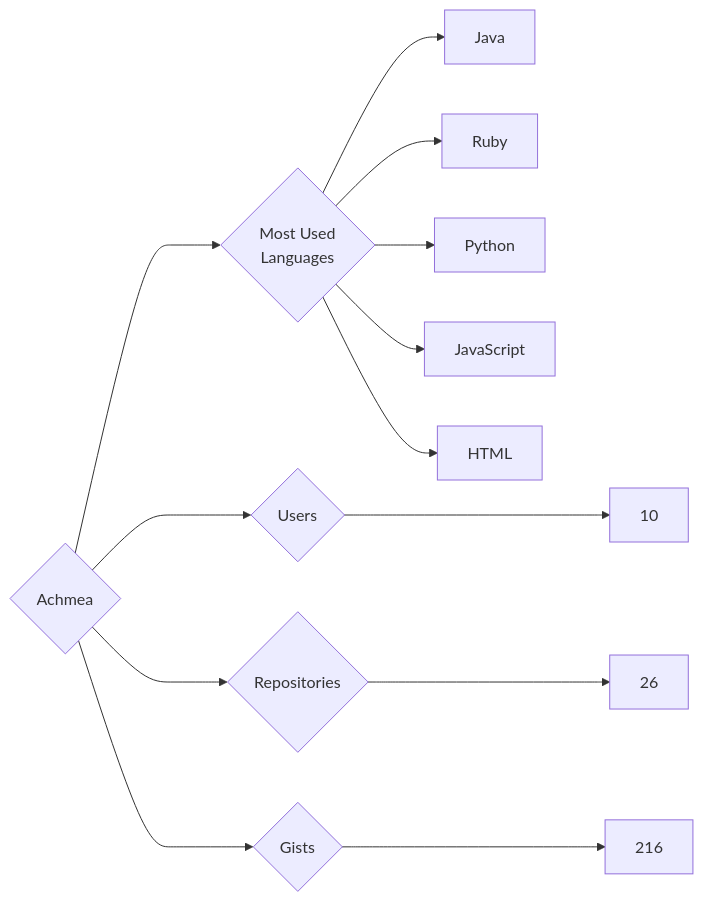
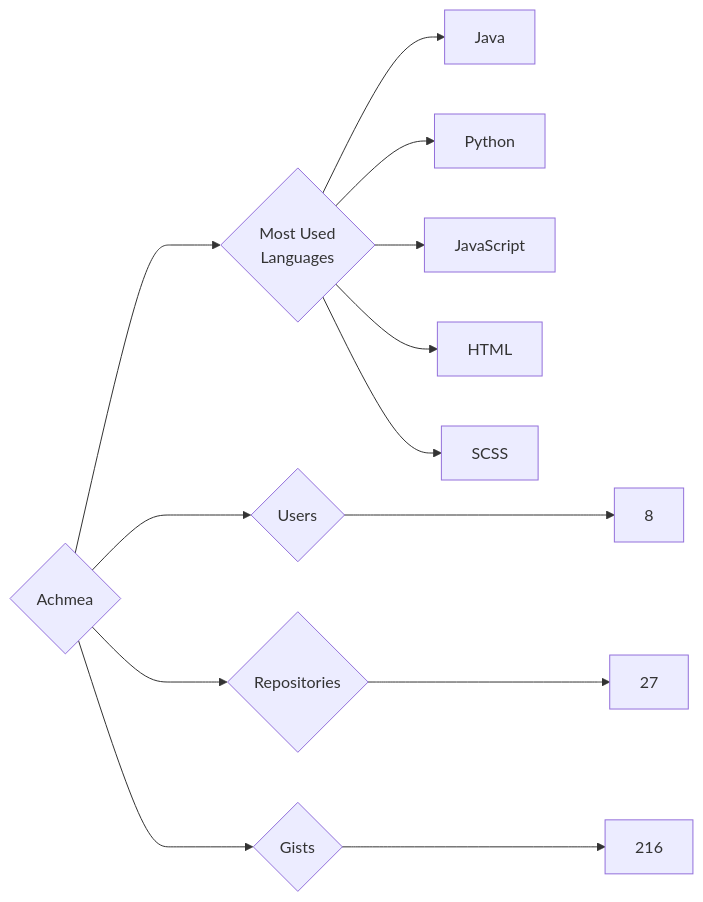
Before and after one commit to trickest/insiders: the diagram in targets/Achmea/README.md, drawn with Mermaid. The commit also changed 925 other files, not shown here.

````diff
--- a/targets/Achmea/README.md
+++ b/targets/Achmea/README.md
@@ -3,13 +3,13 @@
 ```mermaid
 graph LR
 COMPANY_NAME{Achmea}
-COMPANY_NAME ---> U{Users} ---> UN[10]
-COMPANY_NAME ---> R{Repositories} ---> RN[26]
+COMPANY_NAME ---> U{Users} ---> UN[8]
+COMPANY_NAME ---> R{Repositories} ---> RN[27]
 COMPANY_NAME ---> G{Gists} ---> GN[216]
 COMPANY_NAME ---> ML{Most Used<br>Languages}
 ML --> Java[Java]
-ML --> Ruby[Ruby]
 ML --> Python[Python]
 ML --> JavaScript[JavaScript]
 ML --> HTML[HTML]
+ML --> SCSS[SCSS]
 ```
````
